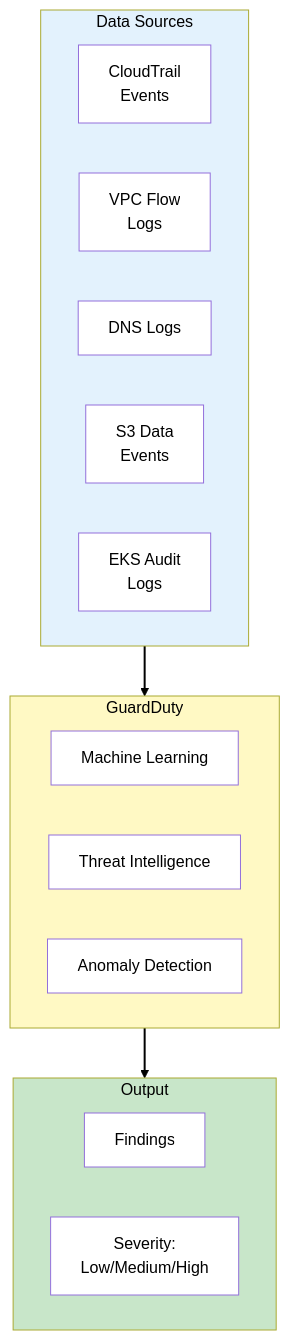
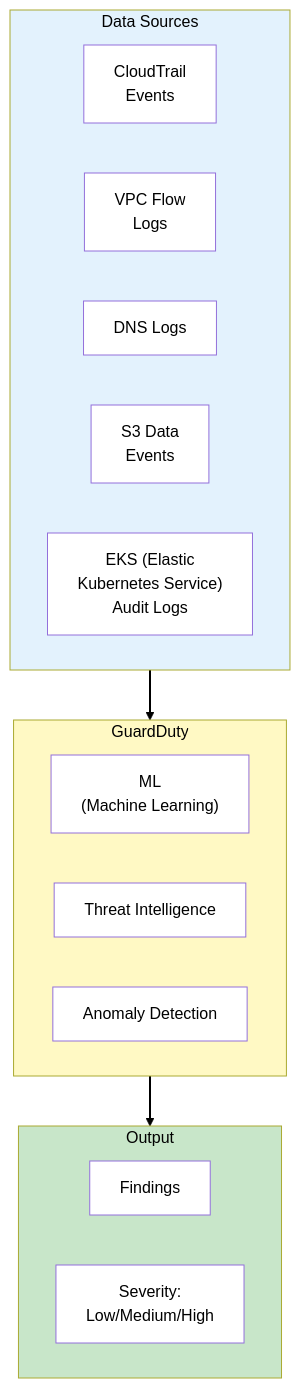
The first of 10 diagrams in docs/scenarios/medvault/phases/phase-6-threat-detection.md (benjaminhonorio/aws-architecting), drawn with Mermaid before and after one commit. The commit also changed other lines of this file and 6 other files, not shown here.

````diff
--- a/docs/scenarios/medvault/phases/phase-6-threat-detection.md
+++ b/docs/scenarios/medvault/phases/phase-6-threat-detection.md
@@ -40,38 +44,38 @@
 ```mermaid
 flowchart TB
     subgraph Sources["Data Sources"]
         CT["CloudTrail<br>Events"]
         VPC["VPC Flow<br>Logs"]
         DNS["DNS Logs"]
         S3["S3 Data<br>Events"]
-        EKS["EKS Audit<br>Logs"]
+        EKS["EKS (Elastic<br>Kubernetes Service)<br>Audit Logs"]
     end
 
     subgraph GD["GuardDuty"]
-        ML["Machine Learning"]
+        ML["ML<br>(Machine Learning)"]
         TI["Threat Intelligence"]
         RULES["Anomaly Detection"]
     end
 
     subgraph Output["Output"]
         FINDINGS["Findings"]
         SEV["Severity:<br>Low/Medium/High"]
     end
 
     Sources --> GD --> Output
 
     style Sources fill:#e3f2fd,color:#000
     style GD fill:#fff9c4,color:#000
     style Output fill:#c8e6c9,color:#000
     style CT fill:#fff,color:#000
     style VPC fill:#fff,color:#000
     style DNS fill:#fff,color:#000
     style S3 fill:#fff,color:#000
     style EKS fill:#fff,color:#000
     style ML fill:#fff,color:#000
     style TI fill:#fff,color:#000
     style RULES fill:#fff,color:#000
     style FINDINGS fill:#fff,color:#000
     style SEV fill:#fff,color:#000
     linkStyle default stroke:#000,stroke-width:2px
 ```
````
